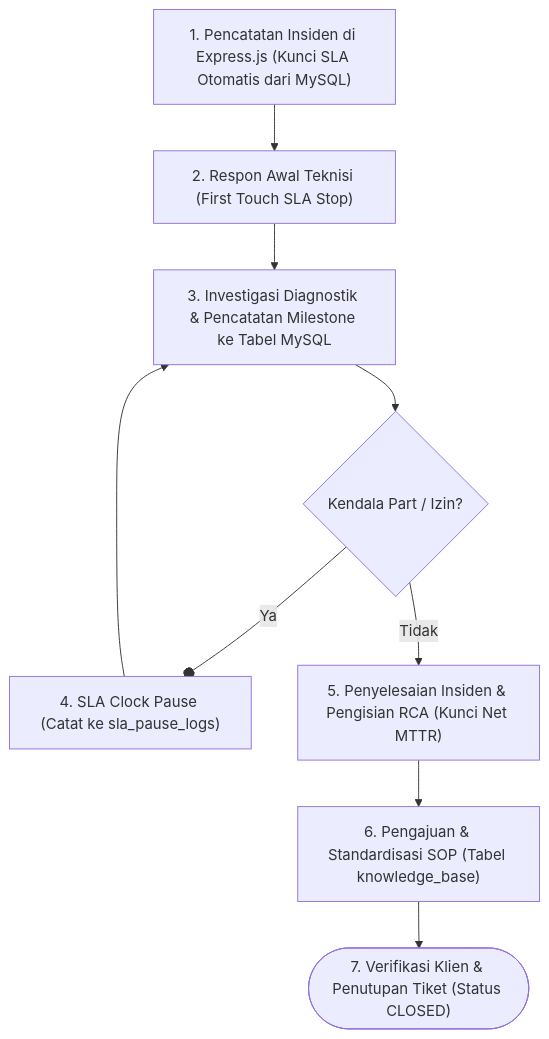
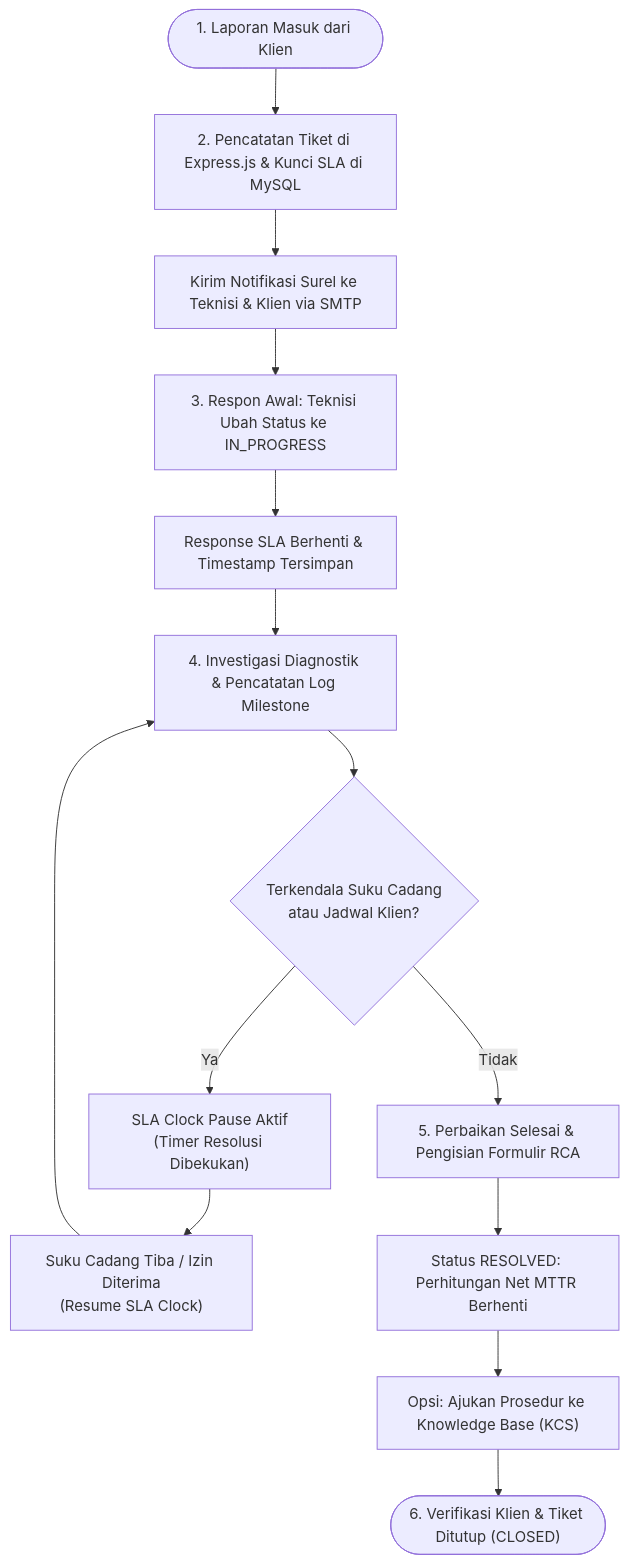
The second of 2 diagrams in docs/arsitektur-dan-logical-flow.md (Wizfie/Helpdesk-Ticketing), drawn with Mermaid before and after one commit. The commit also changed other lines of this file and 3 other files, not shown here.

Commit message:
docs: adapt architecture report into clean student design proposal with glossary, flowchart, and standard styling

````diff
--- a/docs/arsitektur-dan-logical-flow.md
+++ b/docs/arsitektur-dan-logical-flow.md
@@ -117,11 +106,18 @@
 ```mermaid
 flowchart TD
-    S1["1. Pencatatan Insiden di Express.js (Kunci SLA Otomatis dari MySQL)"] --> S2["2. Respon Awal Teknisi (First Touch SLA Stop)"]
-    S2 --> S3["3. Investigasi Diagnostik & Pencatatan Milestone ke Tabel MySQL"]
-    S3 --> Cond{"Kendala Part / Izin?"}
-    Cond -- Ya --o S4["4. SLA Clock Pause (Catat ke sla_pause_logs)"]
-    S4 --> S3
-    Cond -- Tidak --> S5["5. Penyelesaian Insiden & Pengisian RCA (Kunci Net MTTR)"]
-    S5 --> S6["6. Pengajuan & Standardisasi SOP (Tabel knowledge_base)"]
-    S6 --> S7(["7. Verifikasi Klien & Penutupan Tiket (Status CLOSED)"])
+    Start([1. Laporan Masuk dari Klien]) --> Log["2. Pencatatan Tiket di Express.js & Kunci SLA di MySQL"]
+    Log --> Mail["Kirim Notifikasi Surel ke Teknisi & Klien via SMTP"]
+    Mail --> FirstTouch["3. Respon Awal: Teknisi Ubah Status ke IN_PROGRESS"]
+    FirstTouch --> StopResp["Response SLA Berhenti & Timestamp Tersimpan"]
+    StopResp --> Investigate["4. Investigasi Diagnostik & Pencatatan Log Milestone"]
+    Investigate --> Decision{Terkendala Suku Cadang<br/>atau Jadwal Klien?}
+    
+    Decision -- Ya --> Pause["SLA Clock Pause Aktif<br/>(Timer Resolusi Dibekukan)"]
+    Pause --> Resume["Suku Cadang Tiba / Izin Diterima<br/>(Resume SLA Clock)"]
+    Resume --> Investigate
+    
+    Decision -- Tidak --> Resolve["5. Perbaikan Selesai & Pengisian Formulir RCA"]
+    Resolve --> StopMTTR["Status RESOLVED: Perhitungan Net MTTR Berhenti"]
+    StopMTTR --> KCS["Opsi: Ajukan Prosedur ke Knowledge Base (KCS)"]
+    KCS --> Verify(["6. Verifikasi Klien & Tiket Ditutup (CLOSED)"])
 ```
````
